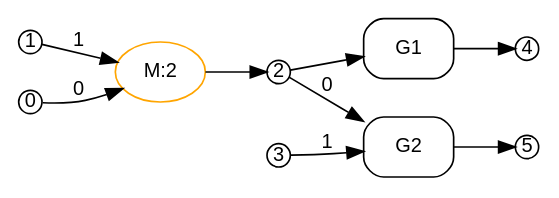
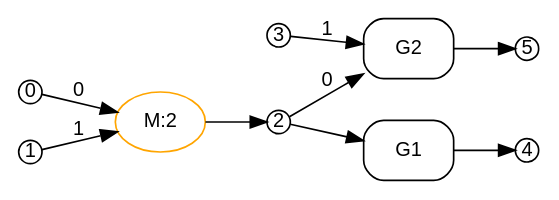
Before and after one commit to ammatsui/bhypvis: the diagram in crates/bhyp/images/test_copy_subst_commute/shared_span_for_copy_M_left.dot, drawn with Graphviz. The commit also changed other lines of this file and 876 other files, not shown here.

```diff
--- a/crates/bhyp/images/test_copy_subst_commute/shared_span_for_copy_M_left.dot
+++ b/crates/bhyp/images/test_copy_subst_commute/shared_span_for_copy_M_left.dot
@@ -1,32 +1,32 @@
 digraph shared_span_for_copy_M_left {
   fontname="Helvetica"
   fontsize=12
   rankdir=LR;
   node [fontname="Helvetica", fontsize=12];
   edge [fontname="Helvetica", fontsize=12];
 
   // Nodes
+  n2 [label="2", shape=circle, style=filled, fillcolor=white, color="black", width=0.2, height=0.2, fixedsize=true];
+  n0 [label="0", shape=circle, style=filled, fillcolor=white, color="black", width=0.2, height=0.2, fixedsize=true];
+  n3 [label="3", shape=circle, style=filled, fillcolor=white, color="black", width=0.2, height=0.2, fixedsize=true];
+  n5 [label="5", shape=circle, style=filled, fillcolor=white, color="black", width=0.2, height=0.2, fixedsize=true];
+  n4 [label="4", shape=circle, style=filled, fillcolor=white, color="black", width=0.2, height=0.2, fixedsize=true];
   n1 [label="1", shape=circle, style=filled, fillcolor=white, color="black", width=0.2, height=0.2, fixedsize=true];
-  n5 [label="5", shape=circle, style=filled, fillcolor=white, color="black", width=0.2, height=0.2, fixedsize=true];
-  n0 [label="0", shape=circle, style=filled, fillcolor=white, color="black", width=0.2, height=0.2, fixedsize=true];
-  n2 [label="2", shape=circle, style=filled, fillcolor=white, color="black", width=0.2, height=0.2, fixedsize=true];
-  n3 [label="3", shape=circle, style=filled, fillcolor=white, color="black", width=0.2, height=0.2, fixedsize=true];
-  n4 [label="4", shape=circle, style=filled, fillcolor=white, color="black", width=0.2, height=0.2, fixedsize=true];
 
   // Hyperedges
+  e2 [label="G1", shape=box, style=rounded, color="black"];
   e0 [label="M:2", shape=ellipse, style=rounded, color="orange"];
   e1 [label="G2", shape=box, style=rounded, color="black"];
-  e2 [label="G1", shape=box, style=rounded, color="black"];
 
   // Source connections
+  n2 -> e2 [label=""];
   n0 -> e0 [label="0"];
   n1 -> e0 [label="1"];
   n2 -> e1 [label="0"];
   n3 -> e1 [label="1"];
-  n2 -> e2 [label=""];
 
   // Target connections
+  e2 -> n4 [label=""];
   e0 -> n2 [label=""];
   e1 -> n5 [label=""];
-  e2 -> n4 [label=""];
 }
```
